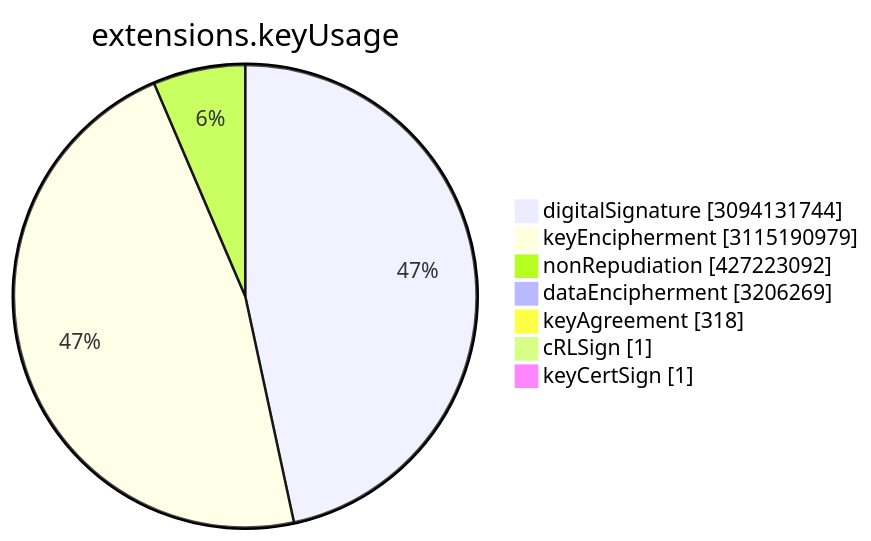
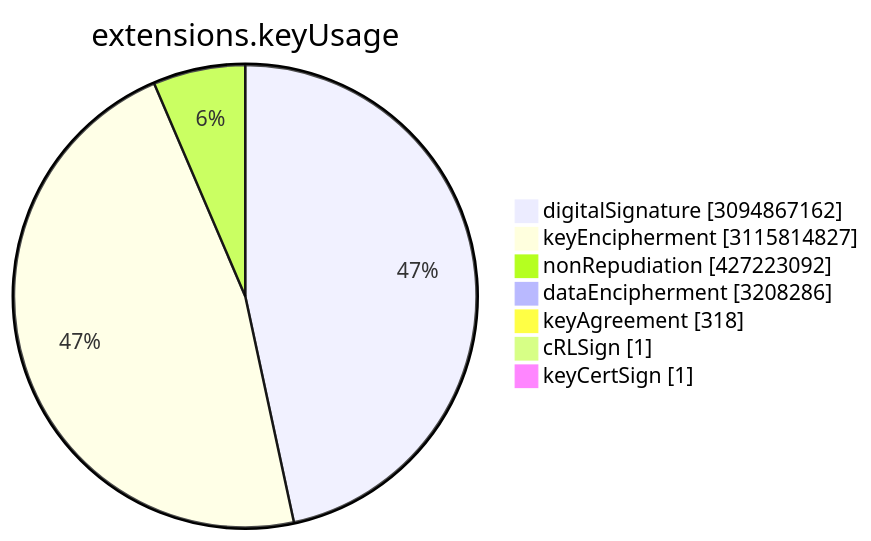
Before and after one commit to christiankrug/ctmonitor_visualization: the sixth of 15 diagrams in TOTAL/README.md, drawn with Mermaid. The commit also changed other lines of this file, not shown here.

````diff
--- a/TOTAL/README.md
+++ b/TOTAL/README.md
@@ -3075,11 +3075,11 @@
 ```mermaid
 pie showData
 title extensions.keyUsage
-"digitalSignature" :3094131744
-"keyEncipherment" :3115190979
+"digitalSignature" :3094867162
+"keyEncipherment" :3115814827
 "nonRepudiation" :427223092
-"dataEncipherment" :3206269
+"dataEncipherment" :3208286
 "keyAgreement" :318
 "cRLSign" :1
 "keyCertSign" :1
 ```
````
